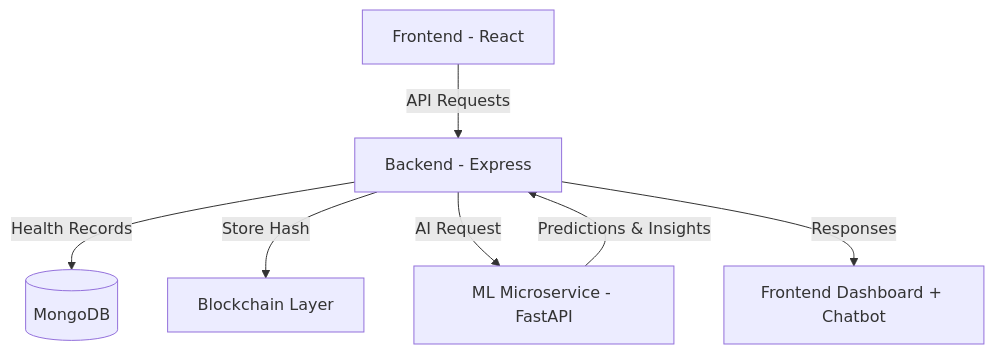
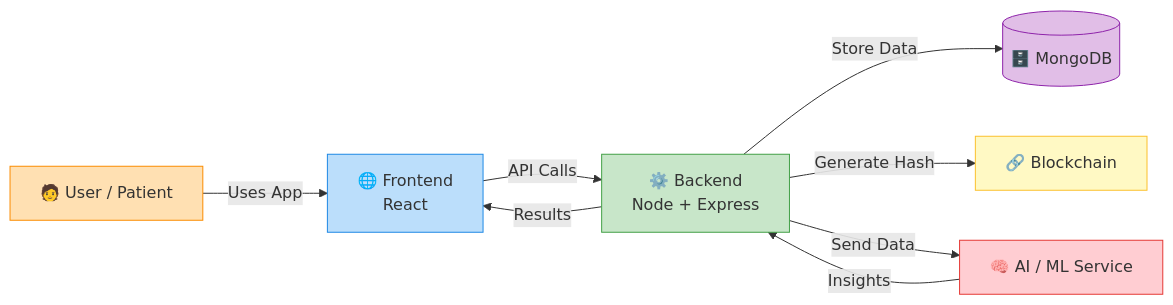
One commit to anikesh-17/JEEVA changed the first of 3 diagrams in README.md. Above: the diagram before and after it, drawn with Mermaid. The commit also changed other lines of this file, not shown here.

````diff
--- a/README.md
+++ b/README.md
@@ -81,9 +39,17 @@
 ```mermaid
-graph TD;
-    A[Frontend - React] -->|API Requests| B[Backend - Express]
-    B -->|Health Records| C[(MongoDB)]
-    B -->|Store Hash| D[Blockchain Layer]
-    B -->|AI Request| E[ML Microservice - FastAPI]
-    E -->|Predictions & Insights| B
-    B -->|Responses| F[Frontend Dashboard + Chatbot]
+graph LR
+    A[🧑 User / Patient] -->|Uses App| B[🌐 Frontend<br/>React]
+    B -->|API Calls| C[⚙️ Backend<br/>Node + Express]
+    C -->|Store Data| D[(🗄️ MongoDB)]
+    C -->|Generate Hash| E[🔗 Blockchain]
+    C -->|Send Data| F[🧠 AI / ML Service]
+    F -->|Insights| C
+    C -->|Results| B
+
+    style A fill:#FFE0B2,stroke:#FB8C00
+    style B fill:#BBDEFB,stroke:#1E88E5
+    style C fill:#C8E6C9,stroke:#43A047
+    style D fill:#E1BEE7,stroke:#8E24AA
+    style E fill:#FFF9C4,stroke:#FBC02D
+    style F fill:#FFCDD2,stroke:#E53935
 ```
````
